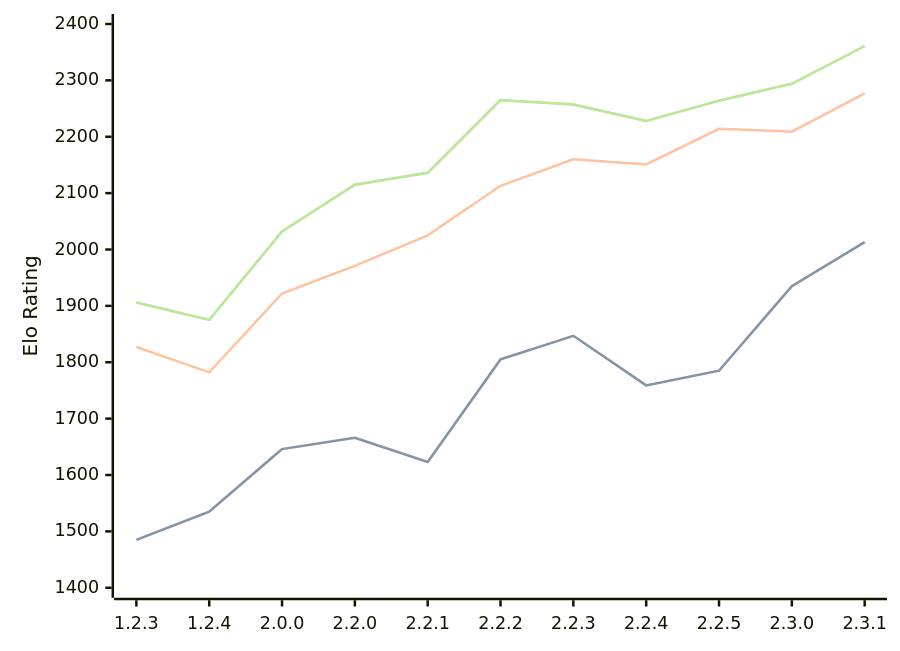
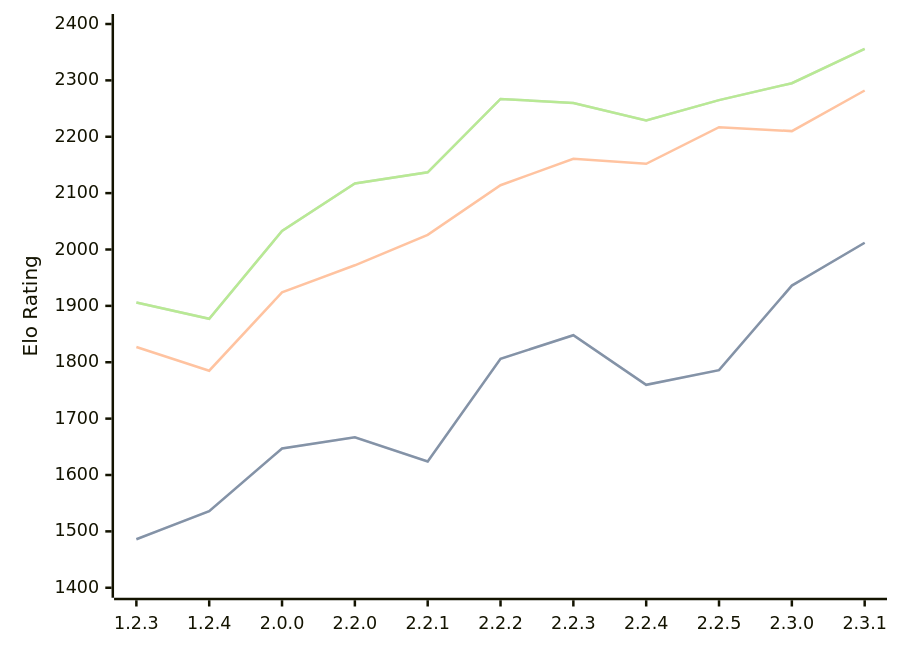
One commit to computer-chess-index/cci changed the diagram in engines/Kreveta.md. Above: the diagram before and after it, drawn with Mermaid. The commit also changed other lines of this file, not shown here.

Commit message:
Update CCI Ratings (ELO VLTC) - 2026-05-16

````diff
--- a/engines/Kreveta.md
+++ b/engines/Kreveta.md
@@ -43,11 +43,11 @@
 ```mermaid
 %%{init: {"theme":"base","themeVariables":{"seriesColors:['#a3a3a3','#222221','#faa371']}}}%%
 xychart-beta
   x-axis ["1.2.3", "1.2.4", "2.0.0", "2.2.0", "2.2.1", "2.2.2", "2.2.3", "2.2.4", "2.2.5", "2.3.0", "2.3.1"]
   y-axis "Elo Rating" 1400 --> 2400
-  line "STC (8.0+0.08s)" [1485, 1535, 1646, 1666, 1623, 1805, 1847, 1759, 1785, 1935, 2013]
-  line "STC (8.0+0.08s)" [1485, 1535, 1646, 1666, 1623, 1805, 1847, 1759, 1785, 1935, 2013]
-  line "LTC (60.0+0.60s)" [1827, 1782, 1922, 1971, 2025, 2113, 2160, 2151, 2214, 2209, 2277]
-  line "VLTC (2m24s+1.12s)" [1906, 1875, 2032, 2115, 2136, 2265, 2257, 2228, 2264, 2294, 2361]
-  line "VLTC (2m24s+1.12s)" [1906, 1875, 2032, 2115, 2136, 2265, 2257, 2228, 2264, 2294, 2361]
+  line "STC (8.0+0.08s)" [1486, 1536, 1647, 1667, 1624, 1806, 1848, 1760, 1786, 1936, 2012]
+  line "STC (8.0+0.08s)" [1486, 1536, 1647, 1667, 1624, 1806, 1848, 1760, 1786, 1936, 2012]
+  line "LTC (60.0+0.60s)" [1827, 1785, 1924, 1972, 2026, 2114, 2161, 2152, 2217, 2210, 2282]
+  line "VLTC (2m24s+1.12s)" [1906, 1877, 2033, 2117, 2137, 2267, 2260, 2229, 2265, 2295, 2356]
+  line "VLTC (2m24s+1.12s)" [1906, 1877, 2033, 2117, 2137, 2267, 2260, 2229, 2265, 2295, 2356]
 ```
````
